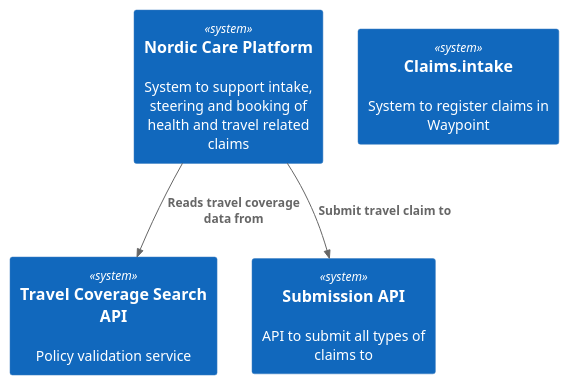
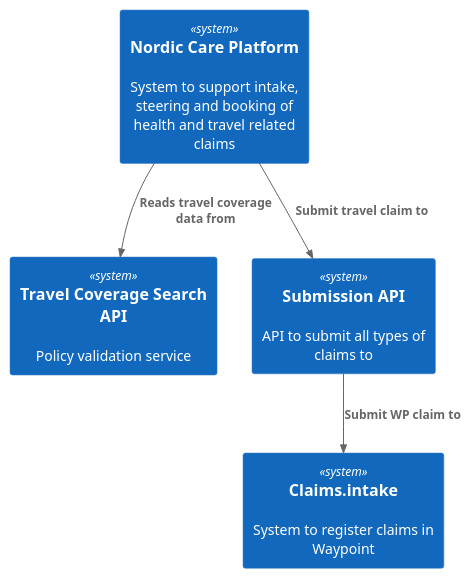
Before and after one commit to dereri/plantumldemo: the diagram in C4-context.puml, drawn with PlantUML.

```diff
--- a/C4-context.puml
+++ b/C4-context.puml
@@ -1,9 +1,10 @@
 @startuml C4-context
 !include https://raw.githubusercontent.com/plantuml-stdlib/C4-PlantUML/master/C4_Context.puml
 System(RSA_TRA, "Travel Coverage Search API", "Policy validation service")
 System(NCP,"Nordic Care Platform", "System to support intake, steering and booking of health and travel related claims")
 System(SubAPI, "Submission API", "API to submit all types of claims to")
 System(Claims, "Claims.intake", "System to register claims in Waypoint")
 Rel(NCP, RSA_TRA, "Reads travel coverage data from")
 Rel(NCP, SubAPI, "Submit travel claim to")
+Rel(SubAPI, Claims, "Submit WP claim to")
 @enduml
```
